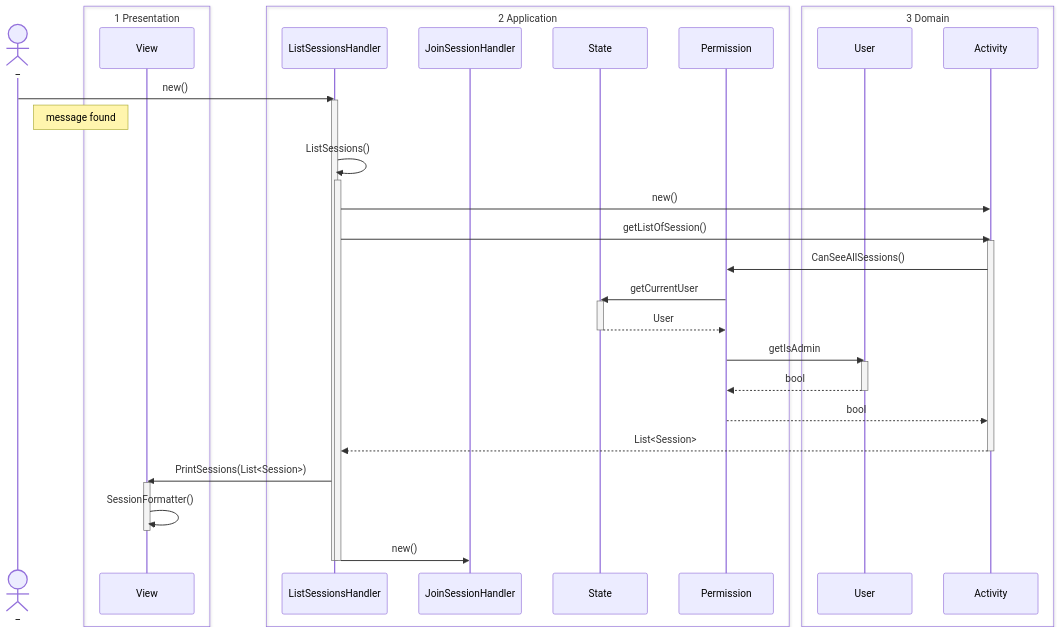
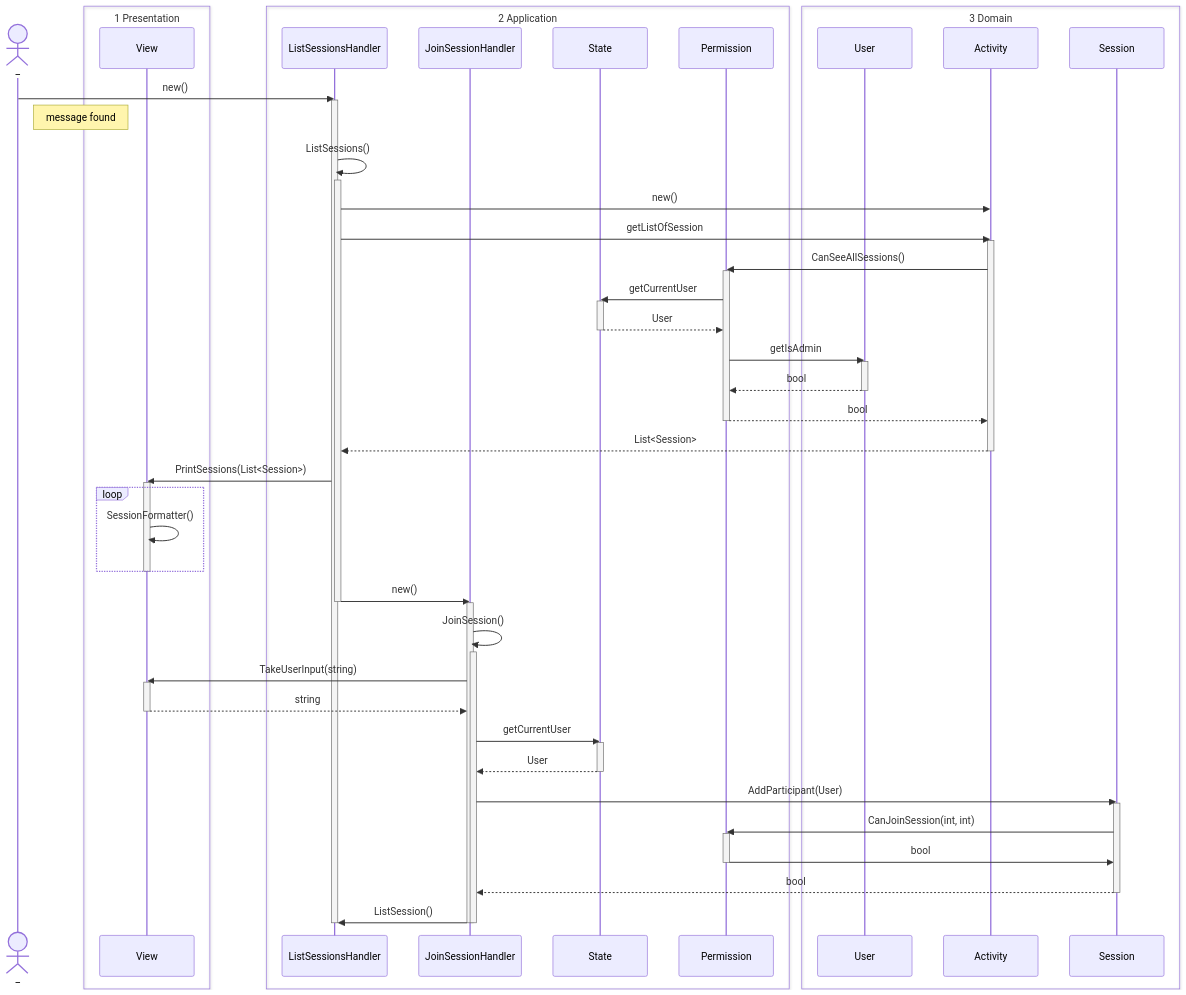
Before and after one commit to MatiasHeiberg/1.semesterprojekt: the fifth of 5 diagrams in 02 notes/Sekvensdiagram.md, drawn with Mermaid. The commit also changed other lines of this file, not shown here.

Commit message:
Use case 3 diagrammer

````diff
--- a/02 notes/Sekvensdiagram.md
+++ b/02 notes/Sekvensdiagram.md
@@ -205,7 +229,7 @@
 box 3 Domain
 participant User 
 participant Activity
-
+participant Session
 end
 
 
@@ -219,11 +243,12 @@
 		
 		%% getListOfSessions
 		ListSessionsHandler->>Activity: new()
-		ListSessionsHandler->>Activity: getListOfSession()
+		ListSessionsHandler->>Activity: getListOfSession
 		activate Activity
 			
 			%% FilterByPermission
 			Activity->>Permission: CanSeeAllSessions()
+			activate Permission
 			Permission->>State: getCurrentUser
 			activate State
 				
@@ -237,6 +262,7 @@
 				
 			deactivate User
 			Permission-->>Activity: bool
+			deactivate Permission
 			Activity-->>ListSessionsHandler: List<Session>
 			
 		deactivate Activity
@@ -245,13 +271,49 @@
 		ListSessionsHandler->>View: PrintSessions(List<Session>)
 		activate View
 			
-		
+			loop
 			View->>View: SessionFormatter()
+			end
 		deactivate View
 		
 		ListSessionsHandler->>JoinSessionHandler: new()
 		
 	deactivate ListSessionsHandler
+	activate JoinSessionHandler
+		
+		JoinSessionHandler->>JoinSessionHandler: JoinSession()
+		activate JoinSessionHandler
+			
+			JoinSessionHandler->>View: TakeUserInput(string)
+			activate View
+				
+				View-->>JoinSessionHandler: string
+				
+			deactivate View
+			
+			JoinSessionHandler->>State: getCurrentUser
+			activate State
+				
+				State-->>JoinSessionHandler: User
+				
+			deactivate State
+			JoinSessionHandler->>Session: AddParticipant(User)
+			activate Session
+				
+				Session->>Permission: CanJoinSession(int, int)
+				activate Permission
+					
+					Permission->>Session: bool
+					
+				deactivate Permission
+				Session-->>JoinSessionHandler: bool
+				
+			deactivate Session
+			JoinSessionHandler->>ListSessionsHandler: ListSession()
+			
+		deactivate JoinSessionHandler
+		
+	deactivate JoinSessionHandler
 	
 deactivate ListSessionsHandler
 ```
````
